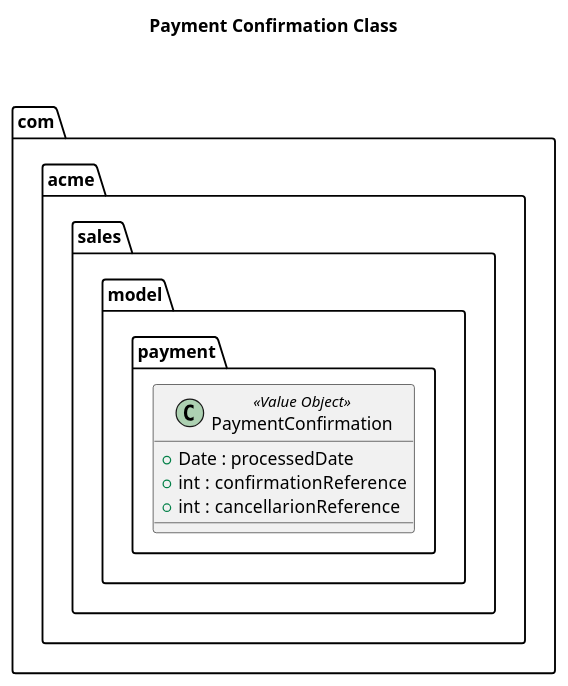
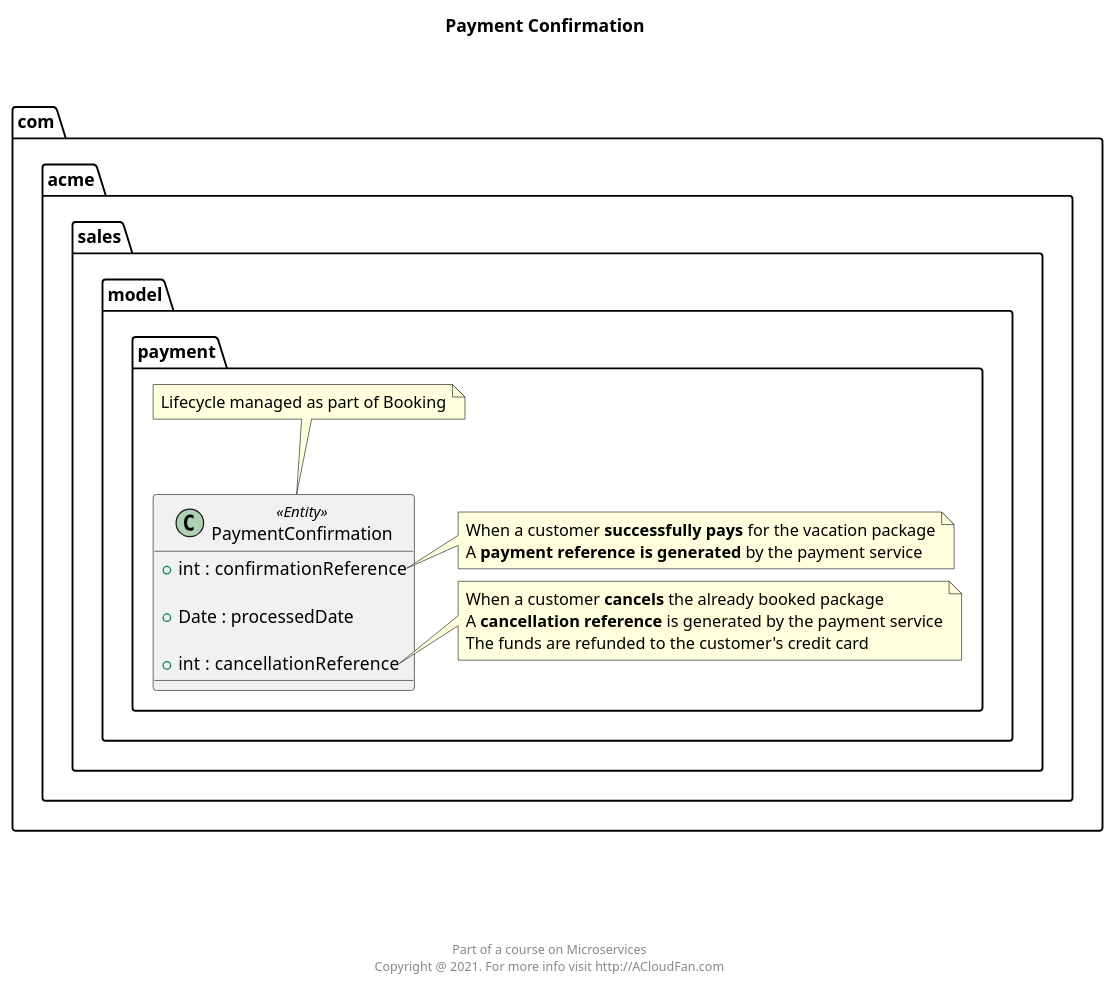
Before and after one commit to acloudfan/MSFA-ACME-Sales-vdraft: the diagram in uml/payment/paymentconfirmation.class.puml, drawn with PlantUML. The commit also changed 32 other files, not shown here.

```diff
--- a/uml/payment/paymentconfirmation.class.puml
+++ b/uml/payment/paymentconfirmation.class.puml
@@ -1,13 +1,33 @@
 @startuml
 
-title    Payment Confirmation Class \n\n
+package com.acme.sales.model.payment {
 
-'In Sales context this does not exist on its own
-package com.acme.sales.model.payment {
-    class PaymentConfirmation <<Value Object>> {
+    class PaymentConfirmation <<Entity>> {
+
+        + int  : confirmationReference
+
         + Date : processedDate
-        + int  : confirmationReference
-        + int  : cancellarionReference
+
+        + int  : cancellationReference
     }
+    note top of PaymentConfirmation : Lifecycle managed as part of Booking
+
+    note right of PaymentConfirmation::"confirmationReference"
+           When a customer <b>successfully pays</b> for the vacation package
+           A <b>payment reference is generated</b> by the payment service
+    end note
+
+    note right of PaymentConfirmation::"cancellationReference"
+           When a customer <b>cancels</b> the already booked package
+           A <b>cancellation reference</b> is generated by the payment service
+           The funds are refunded to the customer's credit card
+    end note
 }
+
+
+
+title    Payment Confirmation  \n\n
+
+footer \n\n\n\n\n\n Part of a course on Microservices \n Copyright @ 2021. For more info visit http://ACloudFan.com \n
+
 @enduml
```
